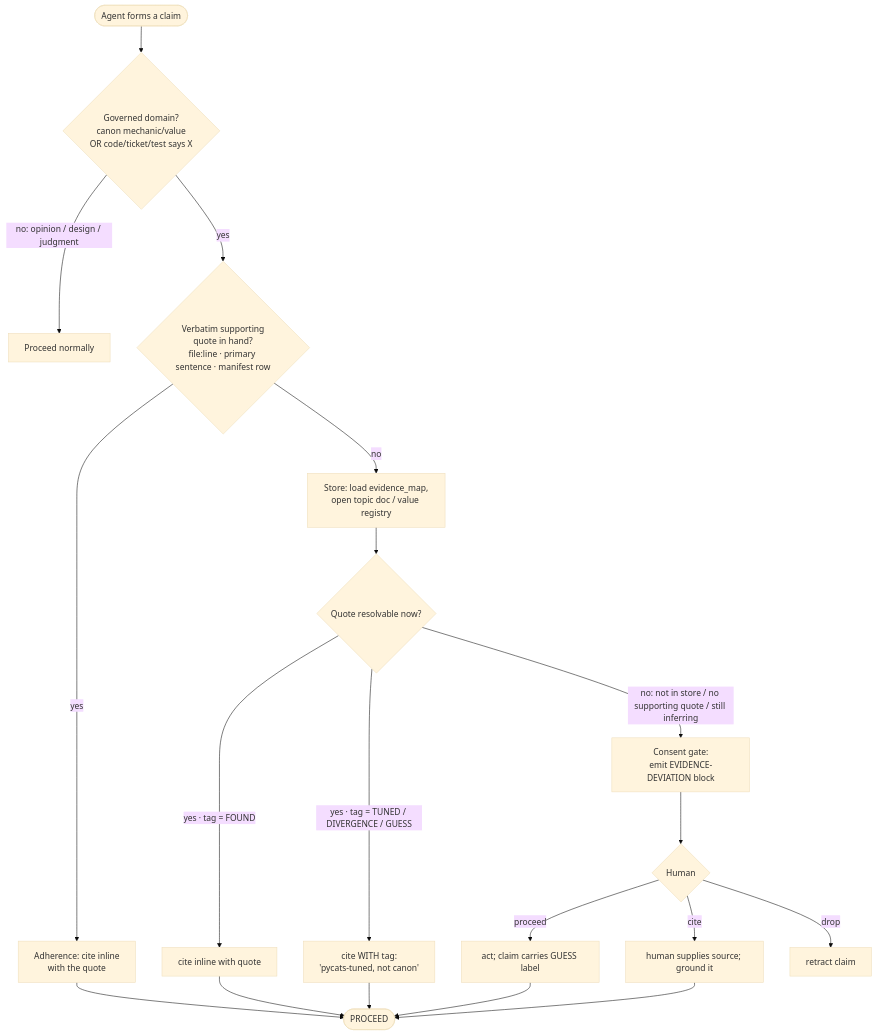
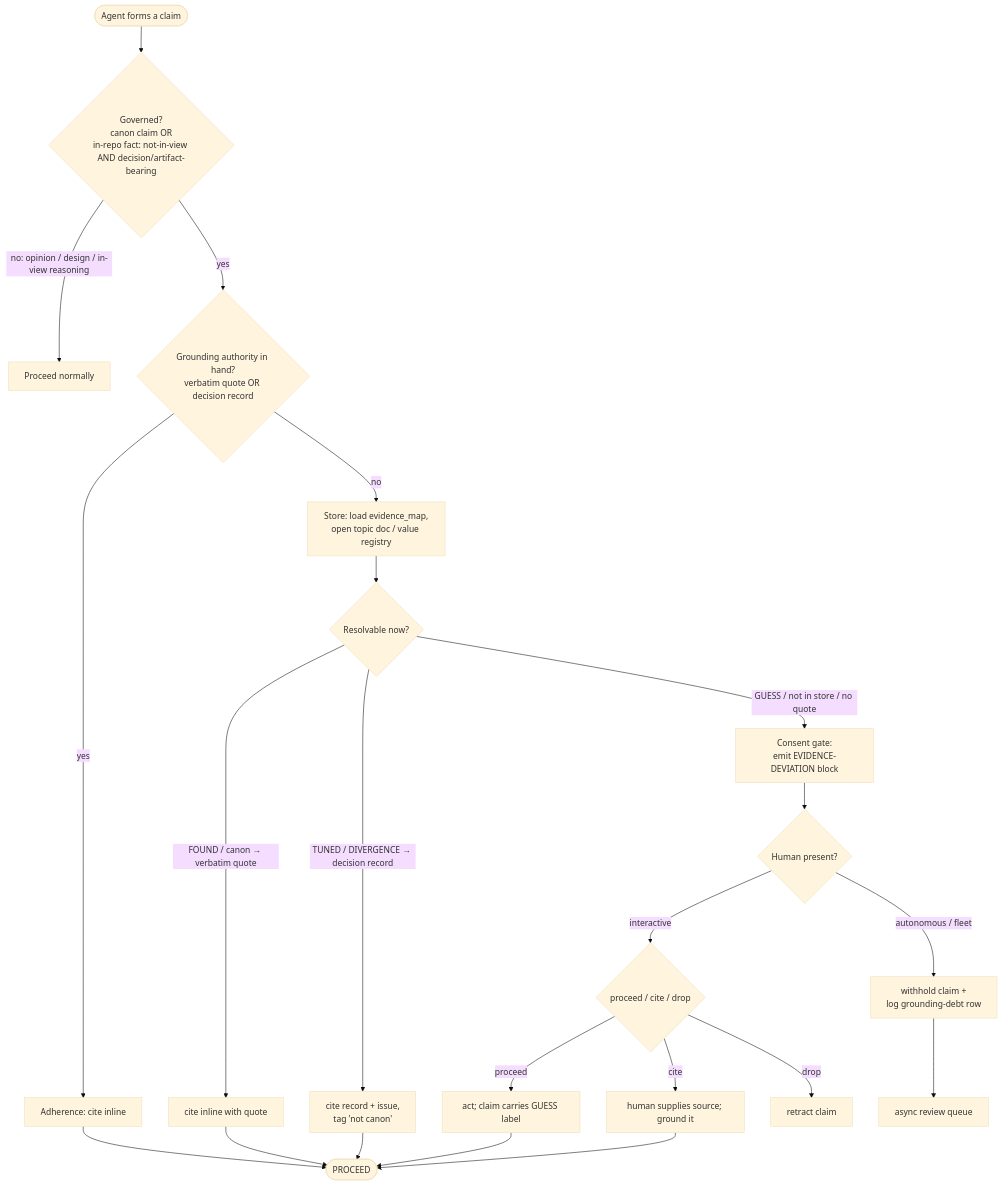
One commit to avidrucker/pycats changed the diagram in docs/superpowers/specs/2026-07-05-grounded-claim-protocol-design.md. Above: the diagram before and after it, drawn with Mermaid (base theme). The commit also changed other lines of this file and 1 other file, not shown here.

First line of the commit message:
docs: apply grill-review revisions to Grounded-Claim Protocol spec + capture the review (#620)

````diff
--- a/docs/superpowers/specs/2026-07-05-grounded-claim-protocol-design.md
+++ b/docs/superpowers/specs/2026-07-05-grounded-claim-protocol-design.md
@@ -67,23 +95,26 @@
 ```mermaid
 flowchart TD
-    A([Agent forms a claim]) --> B{Governed domain?<br/>canon mechanic/value<br/>OR code/ticket/test says X}
-    B -->|no: opinion / design / judgment| P0[Proceed normally]
-    B -->|yes| C{Verbatim supporting<br/>quote in hand?<br/>file:line · primary sentence · manifest row}
+    A([Agent forms a claim]) --> B{Governed?<br/>canon claim OR<br/>in-repo fact: not-in-view AND decision/artifact-bearing}
+    B -->|no: opinion / design / in-view reasoning| P0[Proceed normally]
+    B -->|yes| C{Grounding authority in hand?<br/>verbatim quote OR decision record}
 
-    C -->|yes| CITE1[Adherence: cite inline<br/>with the quote]
+    C -->|yes| CITE1[Adherence: cite inline]
     CITE1 --> PROCEED([PROCEED])
 
     C -->|no| D[Store: load evidence_map,<br/>open topic doc / value registry]
-    D --> E{Quote resolvable now?}
+    D --> E{Resolvable now?}
 
-    E -->|yes · tag = FOUND| CITE2[cite inline with quote]
+    E -->|FOUND / canon → verbatim quote| CITE2[cite inline with quote]
     CITE2 --> PROCEED
-    E -->|yes · tag = TUNED / DIVERGENCE / GUESS| CITE3[cite WITH tag:<br/>'pycats-tuned, not canon']
+    E -->|TUNED / DIVERGENCE → decision record| CITE3[cite record + issue,<br/>tag 'not canon']
     CITE3 --> PROCEED
 
-    E -->|no: not in store / no supporting quote / still inferring| G[Consent gate:<br/>emit EVIDENCE-DEVIATION block]
-    G --> WAIT{Human}
+    E -->|GUESS / not in store / no quote| G[Consent gate:<br/>emit EVIDENCE-DEVIATION block]
+    G --> M{Human present?}
+    M -->|interactive| WAIT{proceed / cite / drop}
+    M -->|autonomous / fleet| REC[withhold claim +<br/>log grounding-debt row]
     WAIT -->|proceed| H[act; claim carries GUESS label] --> PROCEED
     WAIT -->|cite| I[human supplies source; ground it] --> PROCEED
     WAIT -->|drop| J[retract claim]
+    REC --> K[async review queue]
 ```
````
